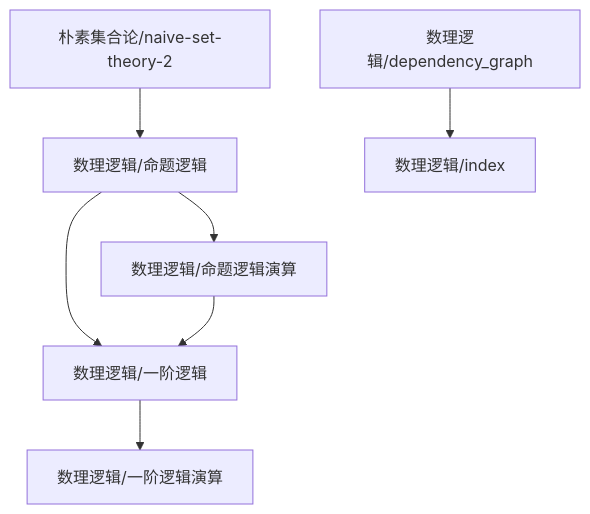
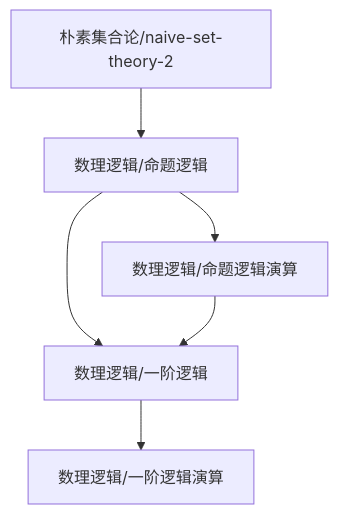
One commit to zeroDtree/zeroDtree.github.io changed the diagram in content/数理逻辑/dependency_graph.md. Above: the diagram before and after it, drawn with Mermaid. The commit also changed 17 other files, not shown here.

````diff
--- a/content/数理逻辑/dependency_graph.md
+++ b/content/数理逻辑/dependency_graph.md
@@ -1,9 +1,8 @@
 ```mermaid
 graph TD
 1["数理逻辑/一阶逻辑"] --> 0["数理逻辑/一阶逻辑演算"]
 2["数理逻辑/命题逻辑"] --> 1["数理逻辑/一阶逻辑"]
 3["数理逻辑/命题逻辑演算"] --> 1["数理逻辑/一阶逻辑"]
 2["数理逻辑/命题逻辑"] --> 3["数理逻辑/命题逻辑演算"]
-5["数理逻辑/dependency_graph"] --> 4["数理逻辑/index"]
-6["朴素集合论/naive-set-theory-2"] --> 2["数理逻辑/命题逻辑"]
+5["朴素集合论/naive-set-theory-2"] --> 2["数理逻辑/命题逻辑"]
 ```
````
